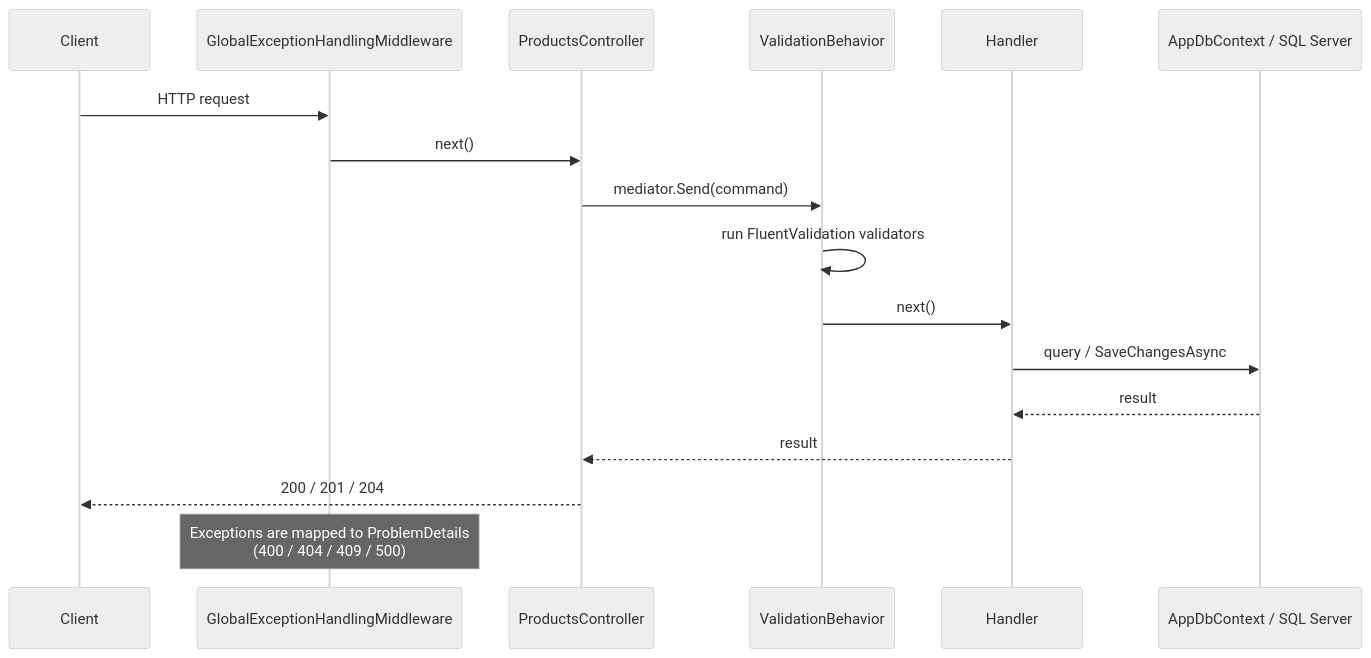
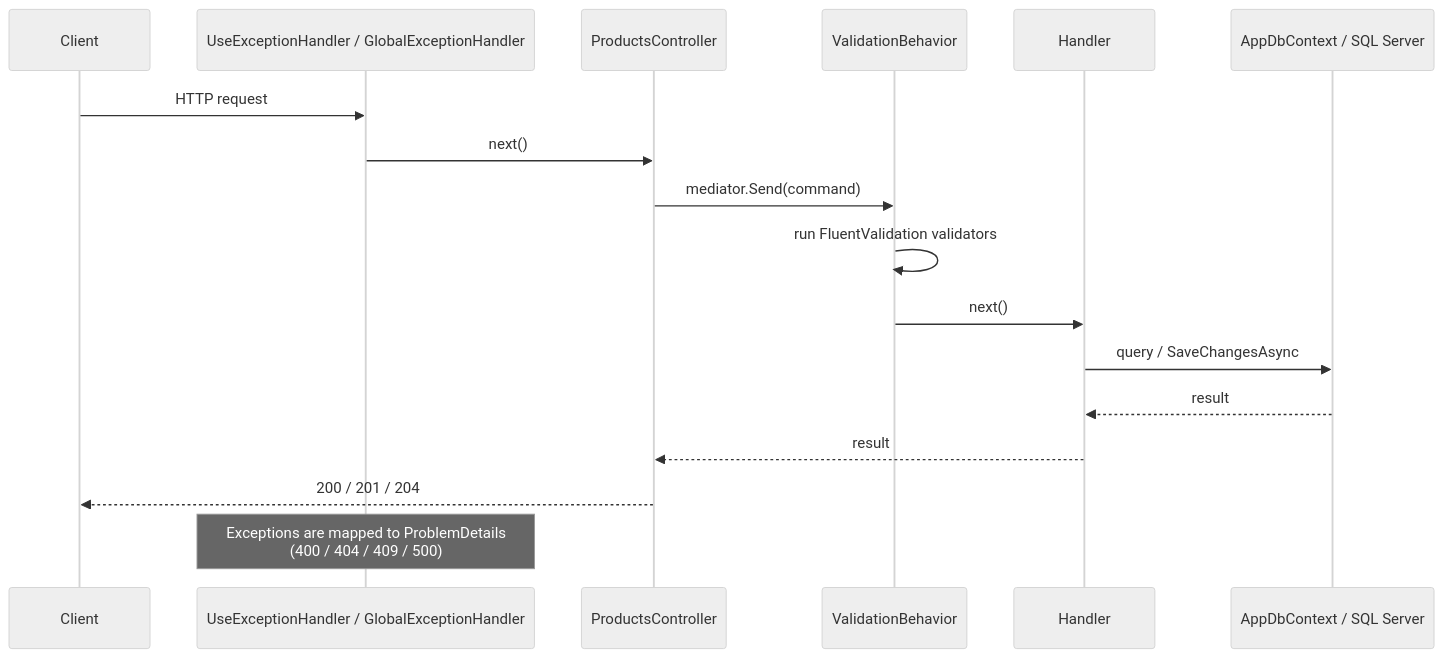
One commit to Nerso1/MicroERP changed the second of 3 diagrams in README.md. Above: the diagram before and after it, drawn with Mermaid (neutral theme). The commit also changed other lines of this file and 4 other files, not shown here.

Commit message:
refactor: replace exception middleware with IExceptionHandler and AddProblemDetails

````diff
--- a/README.md
+++ b/README.md
@@ -123,20 +123,20 @@
 ```mermaid
 sequenceDiagram
     participant C as Client
-    participant M as GlobalExceptionHandlingMiddleware
+    participant M as UseExceptionHandler / GlobalExceptionHandler
     participant Ctrl as ProductsController
     participant V as ValidationBehavior
     participant H as Handler
     participant DB as AppDbContext / SQL Server
 
     C->>M: HTTP request
     M->>Ctrl: next()
     Ctrl->>V: mediator.Send(command)
     V->>V: run FluentValidation validators
     V->>H: next()
     H->>DB: query / SaveChangesAsync
     DB-->>H: result
     H-->>Ctrl: result
     Ctrl-->>C: 200 / 201 / 204
     Note over M: Exceptions are mapped to ProblemDetails<br/>(400 / 404 / 409 / 500)
 ```
````
